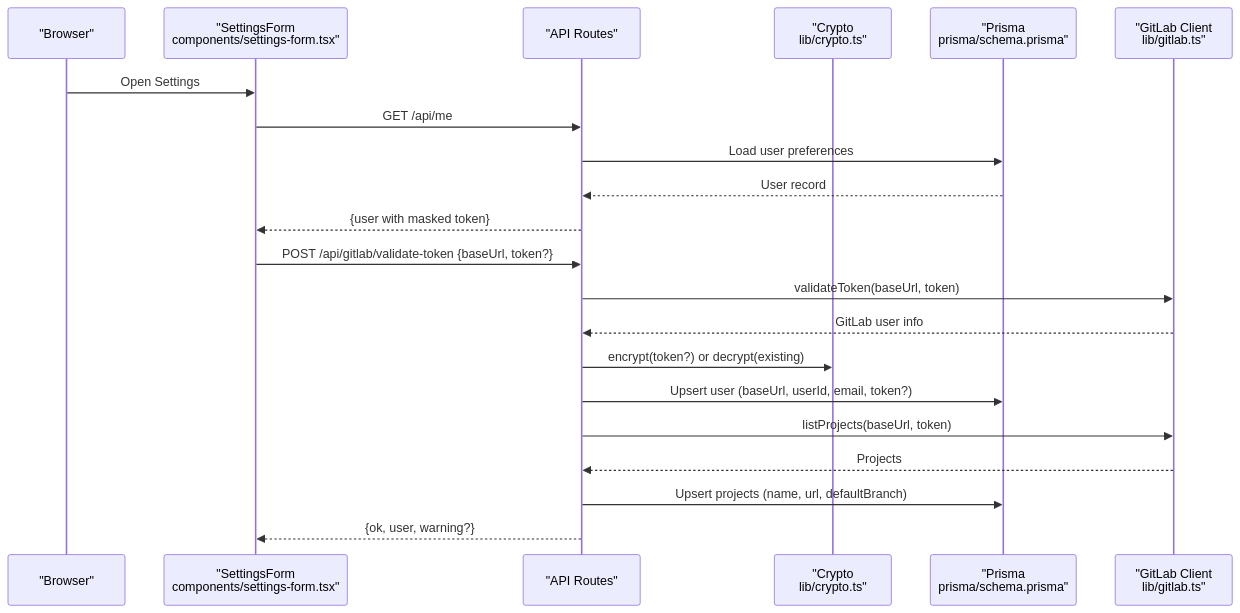
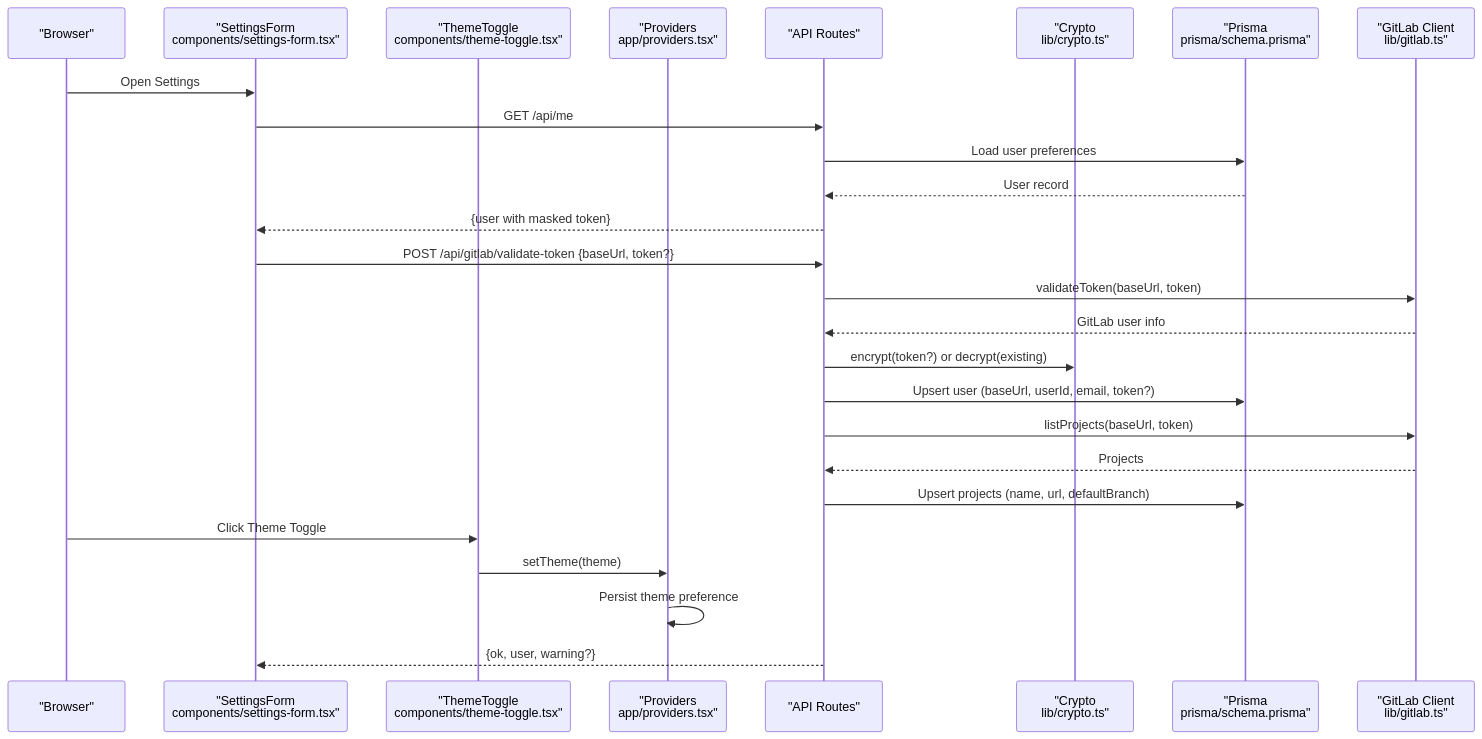
Before and after one commit to jrj444/git-daily: the second of 4 diagrams in .qoder/repowiki/en/content/Settings and Configuration/Settings and Configuration.md, drawn with Mermaid. The commit also changed other lines of this file and 4 other files, not shown here.

````diff
--- a/.qoder/repowiki/en/content/Settings and Configuration/Settings and Configuration.md
+++ b/.qoder/repowiki/en/content/Settings and Configuration/Settings and Configuration.md
@@ -99,23 +122,28 @@
 ```mermaid
 sequenceDiagram
 participant Browser as "Browser"
 participant UI as "SettingsForm<br/>components/settings-form.tsx"
+participant Theme as "ThemeToggle<br/>components/theme-toggle.tsx"
+participant Providers as "Providers<br/>app/providers.tsx"
 participant API as "API Routes"
 participant Crypto as "Crypto<br/>lib/crypto.ts"
 participant DB as "Prisma<br/>prisma/schema.prisma"
 participant GL as "GitLab Client<br/>lib/gitlab.ts"
 Browser->>UI : Open Settings
 UI->>API : GET /api/me
 API->>DB : Load user preferences
 DB-->>API : User record
 API-->>UI : {user with masked token}
 UI->>API : POST /api/gitlab/validate-token {baseUrl, token?}
 API->>GL : validateToken(baseUrl, token)
 GL-->>API : GitLab user info
 API->>Crypto : encrypt(token?) or decrypt(existing)
 API->>DB : Upsert user (baseUrl, userId, email, token?)
 API->>GL : listProjects(baseUrl, token)
 GL-->>API : Projects
 API->>DB : Upsert projects (name, url, defaultBranch)
+Browser->>Theme : Click Theme Toggle
+Theme->>Providers : setTheme(theme)
+Providers->>Providers : Persist theme preference
 API-->>UI : {ok, user, warning?}
 ```
````
